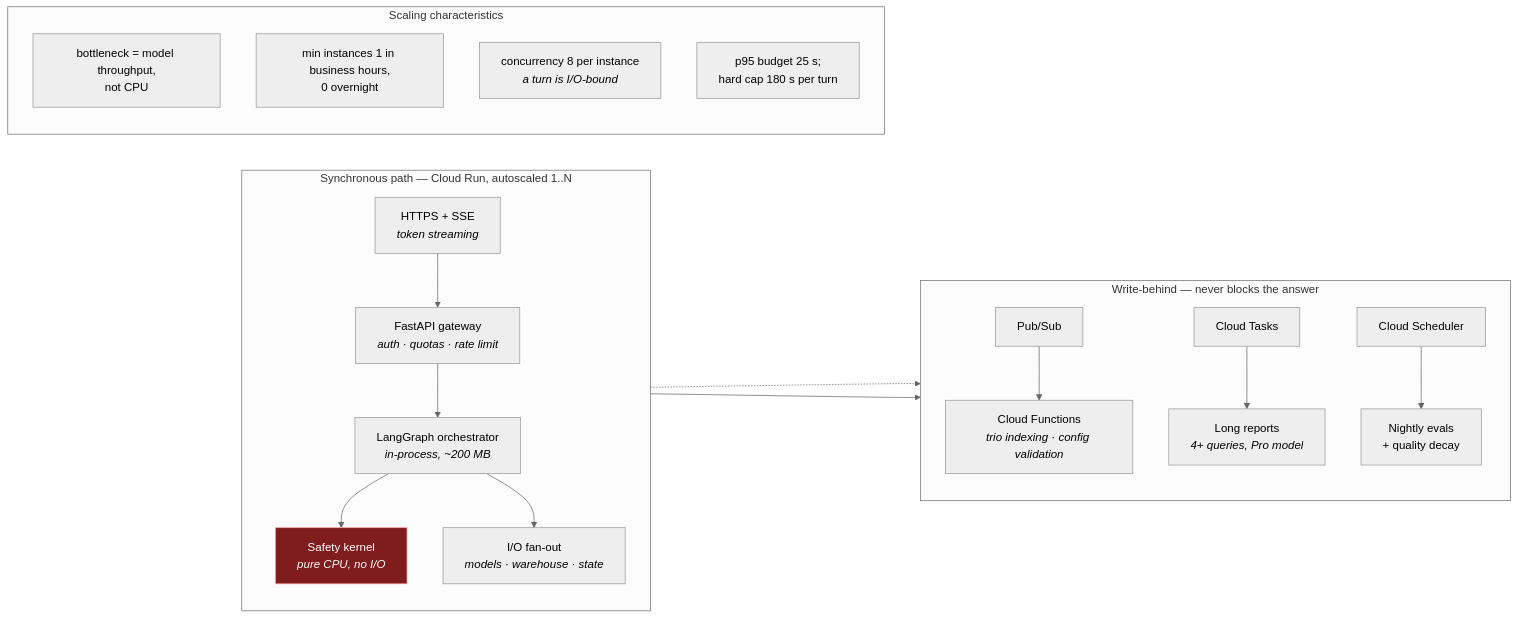
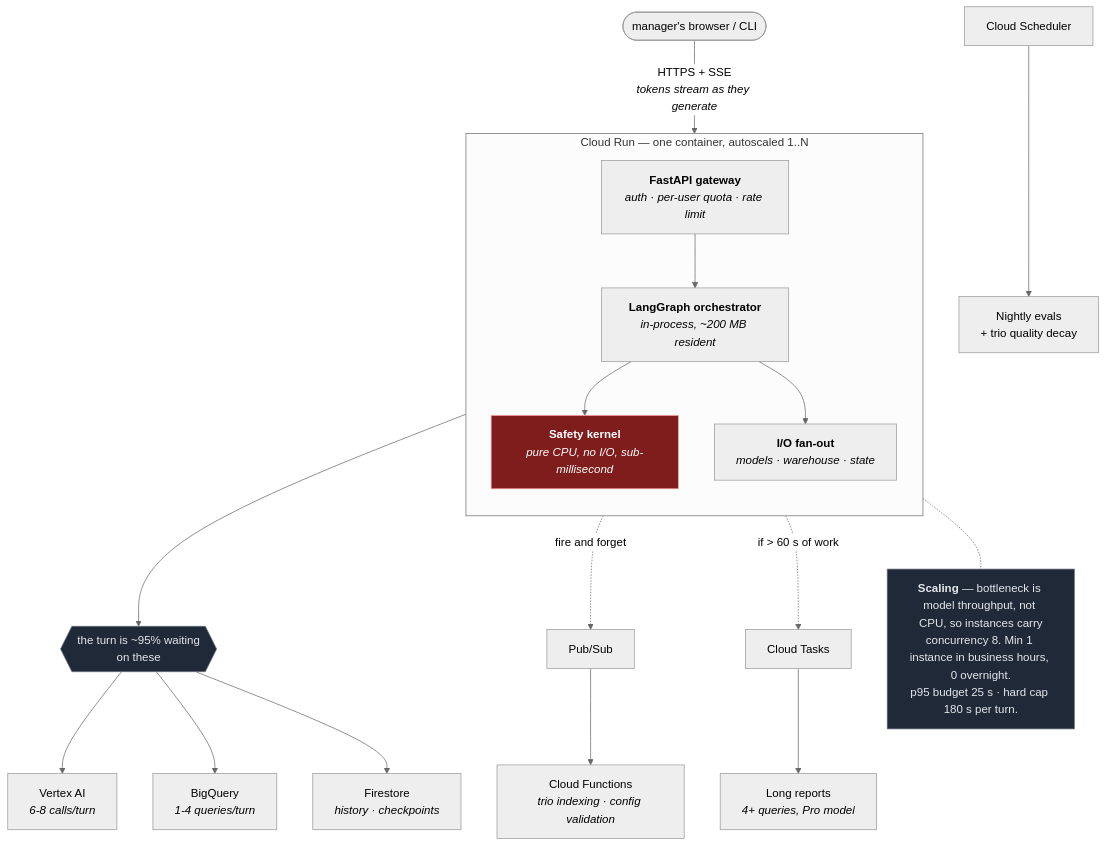
One commit to jeremenkoviccpa/Opsfleet changed the second of 6 diagrams in docs/ARCHITECTURE.md. Above: the diagram before and after it, drawn with Mermaid (neutral theme). The commit also changed 6 other files, not shown here.

First line of the commit message:
Fix three defects found by reviewing the rendered diagrams

````diff
--- a/docs/ARCHITECTURE.md
+++ b/docs/ARCHITECTURE.md
@@ -116,31 +116,29 @@
 ```mermaid
-flowchart LR
-    subgraph sync["Synchronous path — Cloud Run, autoscaled 1..N"]
+flowchart TB
+    U(["manager's browser / CLI"]) -->|"HTTPS + SSE<br/><i>tokens stream as they generate</i>"| FA
+
+    subgraph CR["Cloud Run — one container, autoscaled 1..N"]
         direction TB
-        REQ["HTTPS + SSE<br/><i>token streaming</i>"] --> FA["FastAPI gateway<br/><i>auth · quotas · rate limit</i>"]
-        FA --> LG["LangGraph orchestrator<br/><i>in-process, ~200 MB</i>"]
-        LG --> SK["Safety kernel<br/><i>pure CPU, no I/O</i>"]
-        LG --> IO["I/O fan-out<br/><i>models · warehouse · state</i>"]
+        FA["<b>FastAPI gateway</b><br/><i>auth · per-user quota · rate limit</i>"]
+        FA --> LG["<b>LangGraph orchestrator</b><br/><i>in-process, ~200 MB resident</i>"]
+        LG --> SK["<b>Safety kernel</b><br/><i>pure CPU, no I/O, sub-millisecond</i>"]
+        LG --> IO["<b>I/O fan-out</b><br/><i>models · warehouse · state</i>"]
     end
 
-    subgraph async["Write-behind — never blocks the answer"]
-        direction TB
-        PS["Pub/Sub"] --> CF["Cloud Functions<br/><i>trio indexing · config validation</i>"]
-        CT["Cloud Tasks"] --> LR["Long reports<br/><i>4+ queries, Pro model</i>"]
-        SCH["Cloud Scheduler"] --> NB["Nightly evals<br/>+ quality decay"]
-    end
+    IO --> EXT{{"the turn is ~95% waiting<br/>on these"}}
+    EXT --> M1["Vertex AI<br/><i>6-8 calls/turn</i>"]
+    EXT --> M2["BigQuery<br/><i>1-4 queries/turn</i>"]
+    EXT --> M3["Firestore<br/><i>history · checkpoints</i>"]
 
-    IO -.-> PS
-    FA --> CT
+    IO -.->|"fire and forget"| PS["Pub/Sub"] --> CFN["Cloud Functions<br/><i>trio indexing · config validation</i>"]
+    FA -.->|"if > 60 s of work"| CT["Cloud Tasks"] --> LRP["Long reports<br/><i>4+ queries, Pro model</i>"]
+    SCH["Cloud Scheduler"] --> NB["Nightly evals<br/>+ trio quality decay"]
 
-    subgraph scale["Scaling characteristics"]
-        direction TB
-        S1["bottleneck = model throughput,<br/>not CPU"]
-        S2["min instances 1 in business hours,<br/>0 overnight"]
-        S3["concurrency 8 per instance<br/><i>a turn is I/O-bound</i>"]
-        S4["p95 budget 25 s;<br/>hard cap 180 s per turn"]
-    end
+    SCALE["<b>Scaling</b> — bottleneck is model throughput, not CPU, so instances carry<br/>concurrency 8. Min 1 instance in business hours, 0 overnight.<br/>p95 budget 25 s · hard cap 180 s per turn."]
+    CR -.- SCALE
 
     classDef safety fill:#7f1d1d,stroke:#fca5a5,color:#fff
+    classDef note fill:#1f2937,stroke:#6b7280,color:#e5e7eb
     class SK safety
+    class SCALE,EXT note
 ```
````
